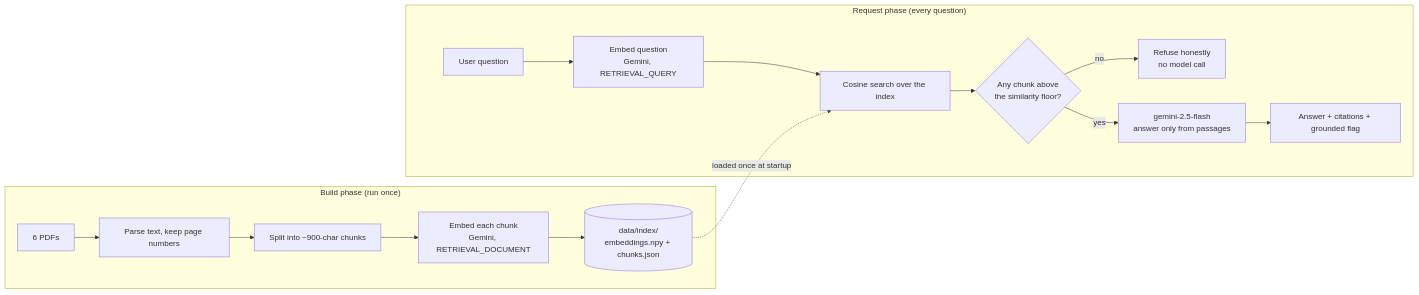
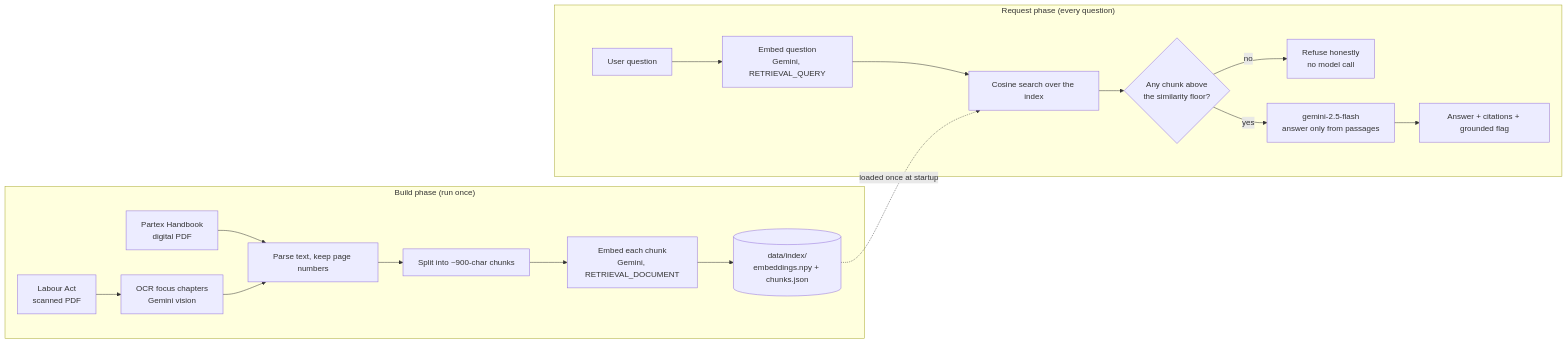
One commit to atikulmunna/ai-document-assistant-asoft changed the diagram in README.md. Above: the diagram before and after it, drawn with Mermaid. The commit also changed other lines of this file, not shown here.

First line of the commit message:
docs: rewrite README for the Partex Star Group assistant

````diff
--- a/README.md
+++ b/README.md
@@ -120,18 +143,20 @@
 ```mermaid
 flowchart LR
     subgraph Build["Build phase (run once)"]
-        A[6 PDFs] --> B[Parse text, keep page numbers]
+        A1[Partex Handbook<br/>digital PDF] --> B[Parse text, keep page numbers]
+        A2[Labour Act<br/>scanned PDF] --> O[OCR focus chapters<br/>Gemini vision]
+        O --> B
         B --> C[Split into ~900-char chunks]
         C --> D[Embed each chunk<br/>Gemini, RETRIEVAL_DOCUMENT]
         D --> E[(data/index/<br/>embeddings.npy + chunks.json)]
     end
     subgraph Serve["Request phase (every question)"]
         Q[User question] --> F[Embed question<br/>Gemini, RETRIEVAL_QUERY]
         F --> G[Cosine search over the index]
         G --> H{Any chunk above<br/>the similarity floor?}
         H -- no --> I[Refuse honestly<br/>no model call]
         H -- yes --> J[gemini-2.5-flash<br/>answer only from passages]
         J --> K[Answer + citations + grounded flag]
     end
     E -. loaded once at startup .-> G
 ```
````
